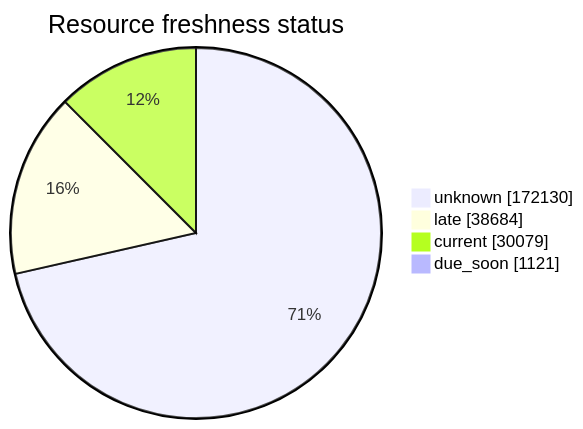
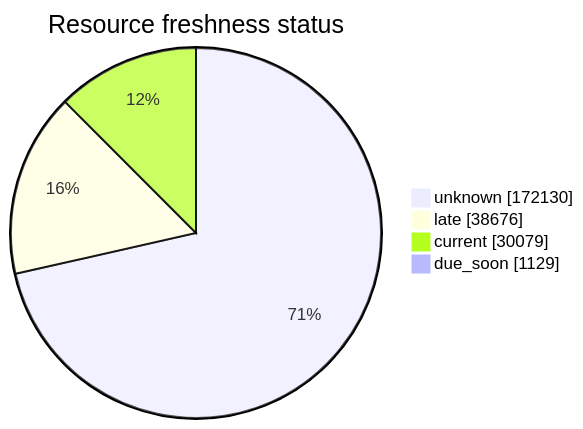
One commit to open-data/analytics-corporate-reporting changed the third of 5 diagrams in FreshCheck/README.md. Above: the diagram before and after it, drawn with Mermaid. The commit also changed other lines of this file and 3 other files, not shown here.

````diff
--- a/FreshCheck/README.md
+++ b/FreshCheck/README.md
@@ -77,7 +77,7 @@
 ```mermaid
 pie showData title Resource freshness status
     "unknown": 172130
-    "late": 38684
+    "late": 38676
     "current": 30079
-    "due_soon": 1121
+    "due_soon": 1129
 ```
````
